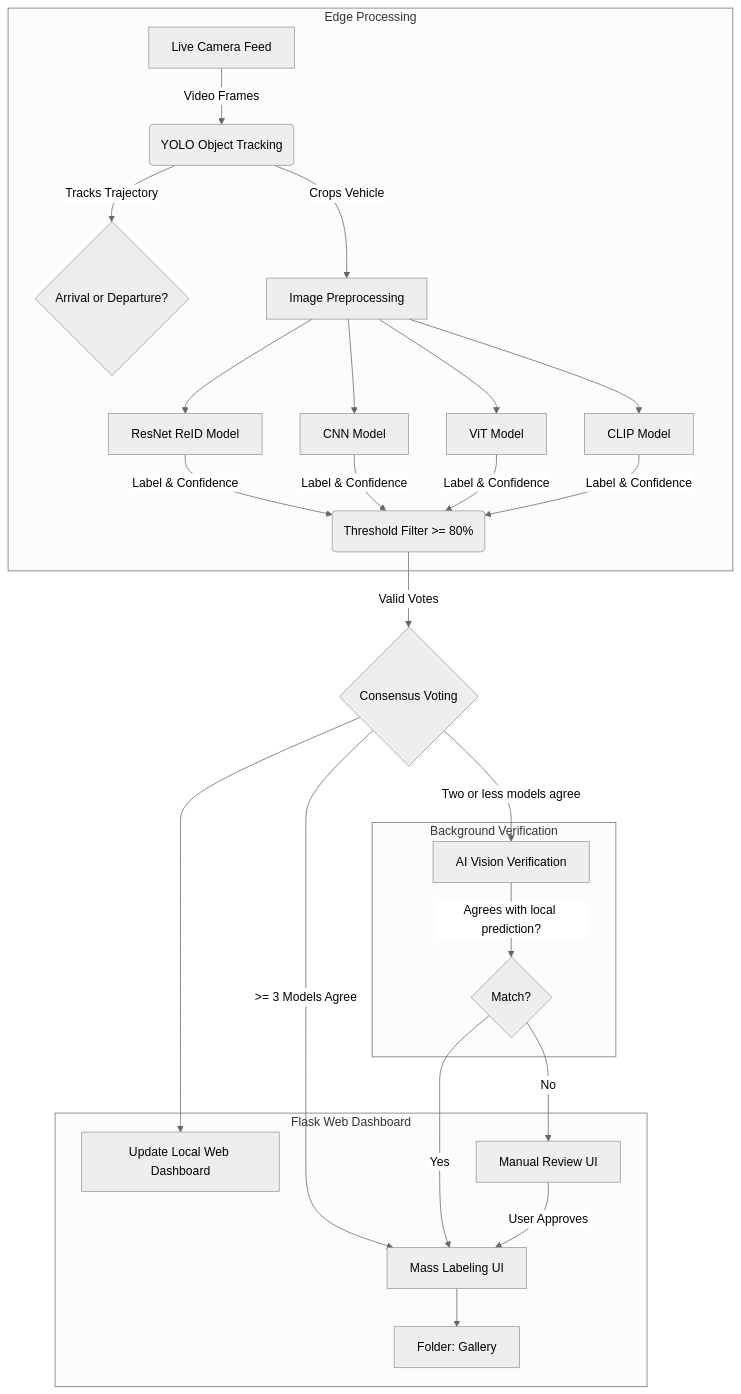
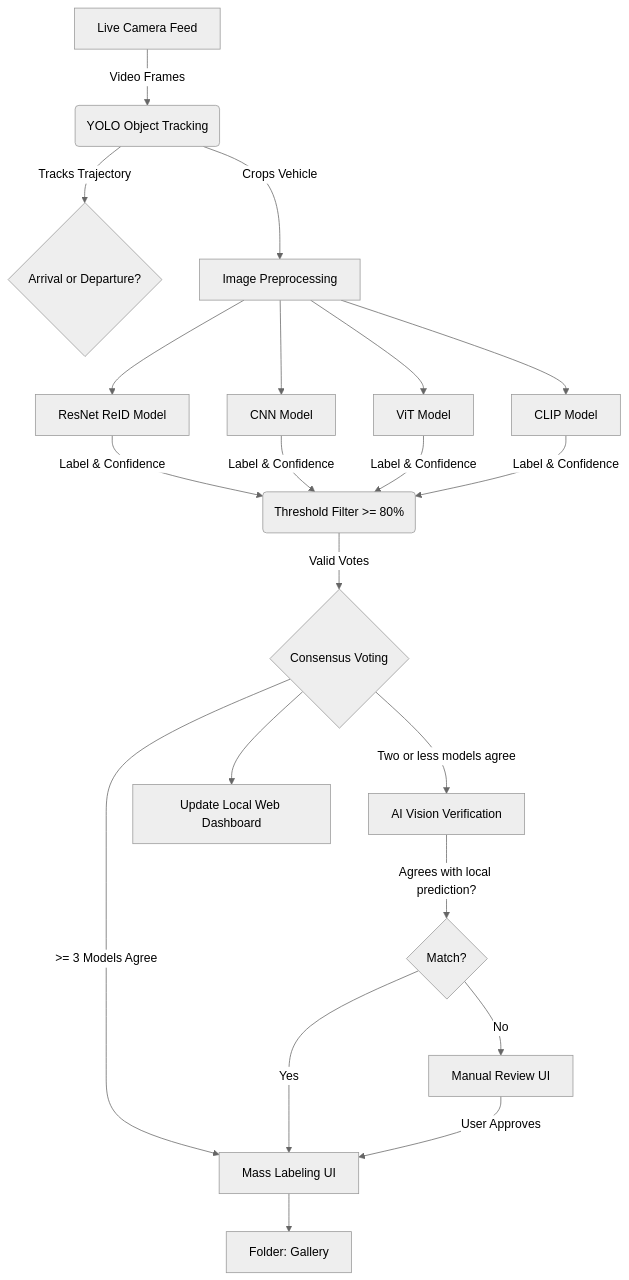
Before and after one commit to Nuisey/CaReID: the diagram in README.md, drawn with Mermaid (neutral theme).

Commit message:
Strip subgraphs to guarantee Mermaid rendering on GitHub

````diff
--- a/README.md
+++ b/README.md
@@ -23,41 +23,34 @@
 ```mermaid
 flowchart TD
 
-    subgraph Edge Processing
-        A[Live Camera Feed] -->|Video Frames| B(YOLO Object Tracking)
-        B -->|Tracks Trajectory| C{Arrival or Departure?}
-        B -->|Crops Vehicle| D[Image Preprocessing]
-  
-        D --> E[ResNet ReID Model]
-        D --> F[CNN Model]
-        D --> G[ViT Model]
-        D --> H[CLIP Model]
-  
-        E & F & G & H -->|Label & Confidence| I(Threshold Filter >= 80%)
-    end
+    A[Live Camera Feed] -->|Video Frames| B(YOLO Object Tracking)
+    B -->|Tracks Trajectory| C{Arrival or Departure?}
+    B -->|Crops Vehicle| D[Image Preprocessing]
 
+    D --> E[ResNet ReID Model]
+    D --> F[CNN Model]
+    D --> G[ViT Model]
+    D --> H[CLIP Model]
+
+    E & F & G & H -->|Label & Confidence| I(Threshold Filter >= 80%)
     I -->|Valid Votes| J{Consensus Voting}
+    
+    P[AI Vision Verification]
+    Q{Match?}
 
-    subgraph Background Verification
-        P[AI Vision Verification]
-        Q{Match?}
-    end
-  
-    subgraph Flask Web Dashboard
-        O[Update Local Web Dashboard]
-        R[Manual Review UI]
-        S[Mass Labeling UI]
-        T[Folder: Gallery]
-    end
+    O[Update Local Web Dashboard]
+    R[Manual Review UI]
+    S[Mass Labeling UI]
+    T[Folder: Gallery]
 
     J -- ">= 3 Models Agree" --> S
     J -- "Two or less models agree" --> P
     
     P -->|Agrees with local prediction?| Q
     Q -- Yes --> S
     
     J --> O
     Q -- No --> R
     R -- User Approves --> S
     S --> T
 ```
````
